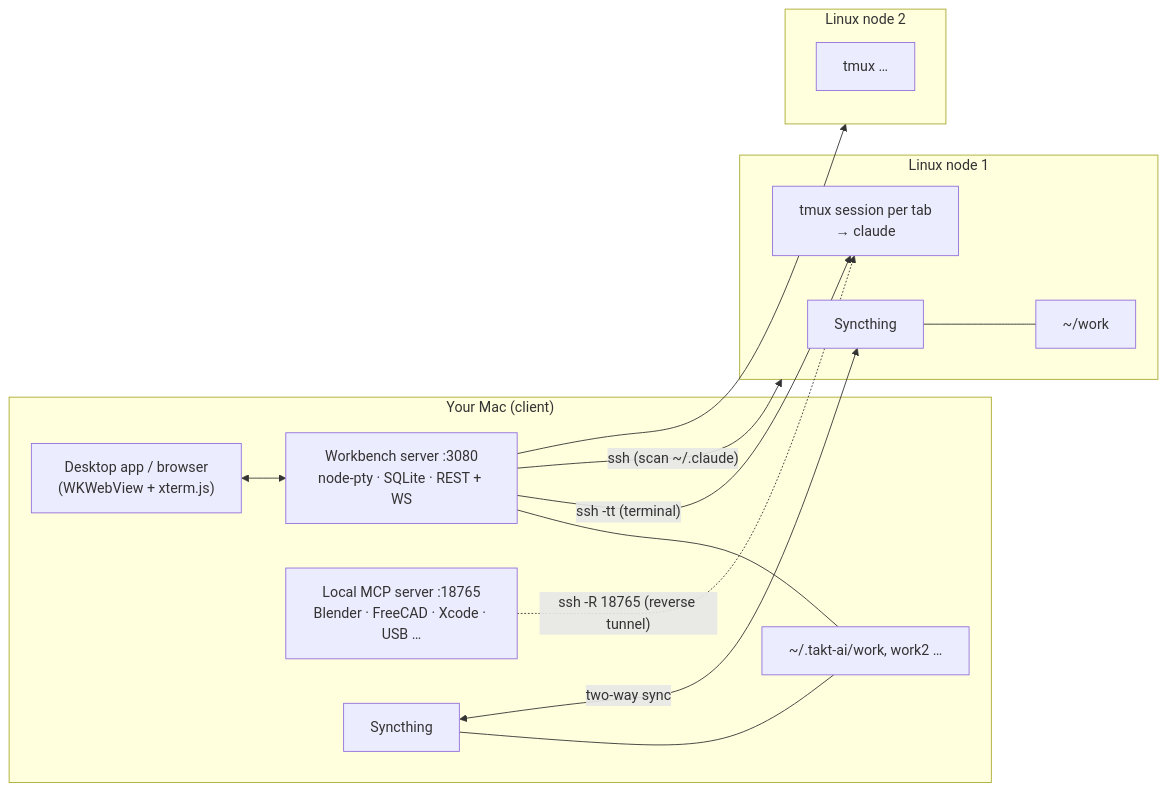
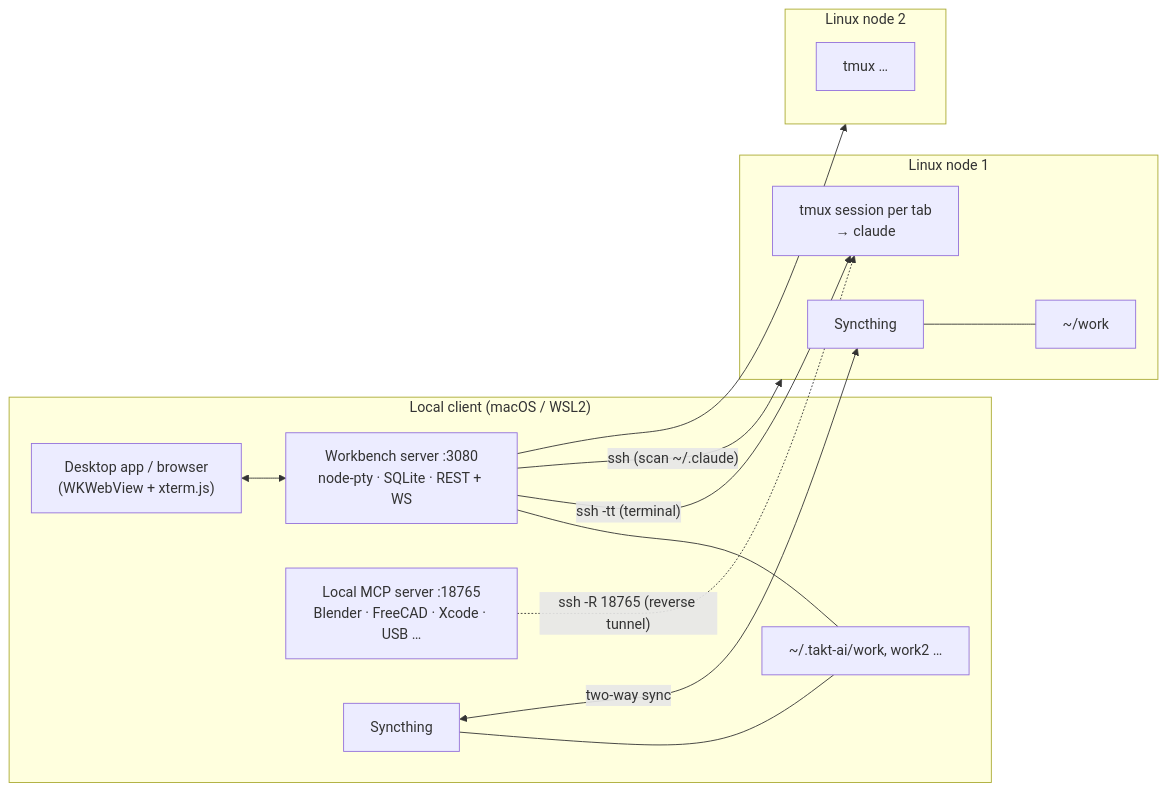
The diagram in README.md (willwill85/TAKT-UI-CC), drawn with Mermaid before and after one commit. The commit also changed other lines of this file and 5 other files, not shown here.

````diff
--- a/README.md
+++ b/README.md
@@ -41,27 +41,27 @@
 ```mermaid
 flowchart LR
-  subgraph Mac["Your Mac (client)"]
+  subgraph Mac["Local client (macOS / WSL2)"]
     UI["Desktop app / browser\n(WKWebView + xterm.js)"]
     WB["Workbench server :3080\nnode-pty · SQLite · REST + WS"]
     MCP["Local MCP server :18765\nBlender · FreeCAD · Xcode · USB …"]
     ST1["Syncthing"]
     LW["~/.takt-ai/work, work2 …"]
     UI <--> WB
     WB --- LW
     ST1 --- LW
   end
   subgraph L1["Linux node 1"]
     TM1["tmux session per tab\n→ claude"]
     RW1["~/work"]
     ST2["Syncthing"]
     ST2 --- RW1
   end
   subgraph L2["Linux node 2"]
     TM2["tmux …"]
   end
   WB -- "ssh -tt (terminal)" --> TM1
   WB -- "ssh (scan ~/.claude)" --> L1
   MCP -. "ssh -R 18765 (reverse tunnel)" .-> TM1
   ST1 <-- "two-way sync" --> ST2
   WB --> L2
 ```
````
